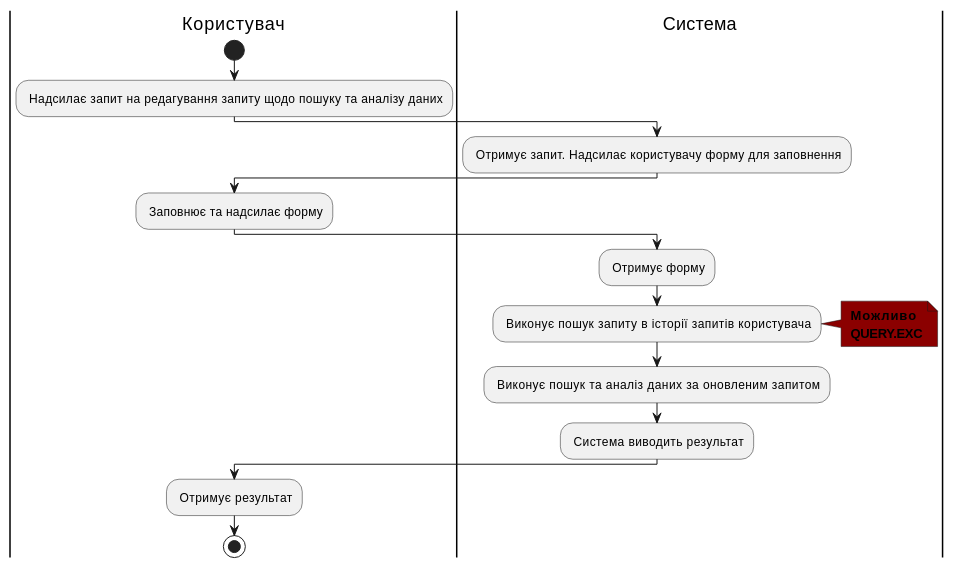
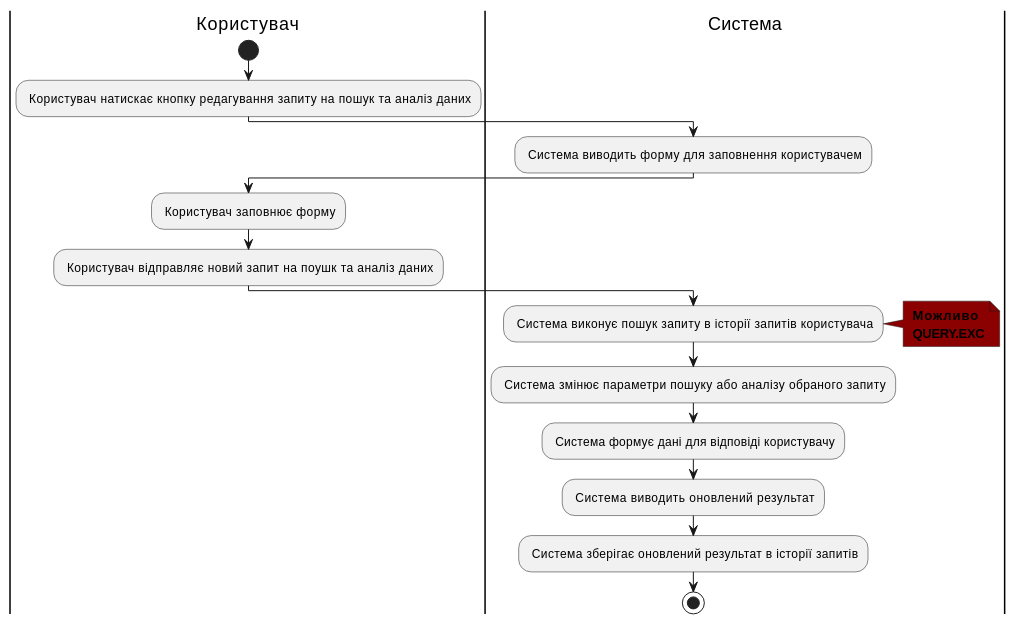
The fifth of 5 diagrams in docs/use cases/README.md (Stik27/content_analysis_project), drawn with PlantUML before and after one commit. The commit also changed other lines of this file, not shown here.

```diff
--- a/docs/use cases/README.md
+++ b/docs/use cases/README.md
@@ -151,22 +147,22 @@
 @startuml
 
         |Користувач|
             start
-            : Надсилає запит на редагування запиту щодо пошуку та аналізу даних;
+            : Користувач натискає кнопку редагування запиту на пошук та аналіз даних;
         |Система|
-            : Отримує запит. Надсилає користувачу форму для заповнення;
+            : Система виводить форму для заповнення користувачем;
         |Користувач|
-            : Заповнює та надсилає форму;
-        |Система|  
-            : Отримує форму;
-            : Виконує пошук запиту в історії запитів користувача;
+            : Користувач заповнює форму;
+            : Користувач відправляє новий запит на поушк та аналіз даних;
+        |Система|
+            : Система виконує пошук запиту в історії запитів користувача;
             note right #8B0000
             <b> Можливо
             <b> QUERY.EXC
             end note
-            : Виконує пошук та аналіз даних за оновленим запитом;
-            : Система виводить результат;
-        |Користувач|
-            : Отримує результат;
+            : Система змінює параметри пошуку або аналізу обраного запиту;
+            : Система формує дані для відповіді користувачу;
+            : Система виводить оновлений результат;
+            : Система зберігає оновлений результат в історії запитів;
             stop;
 @enduml
```
